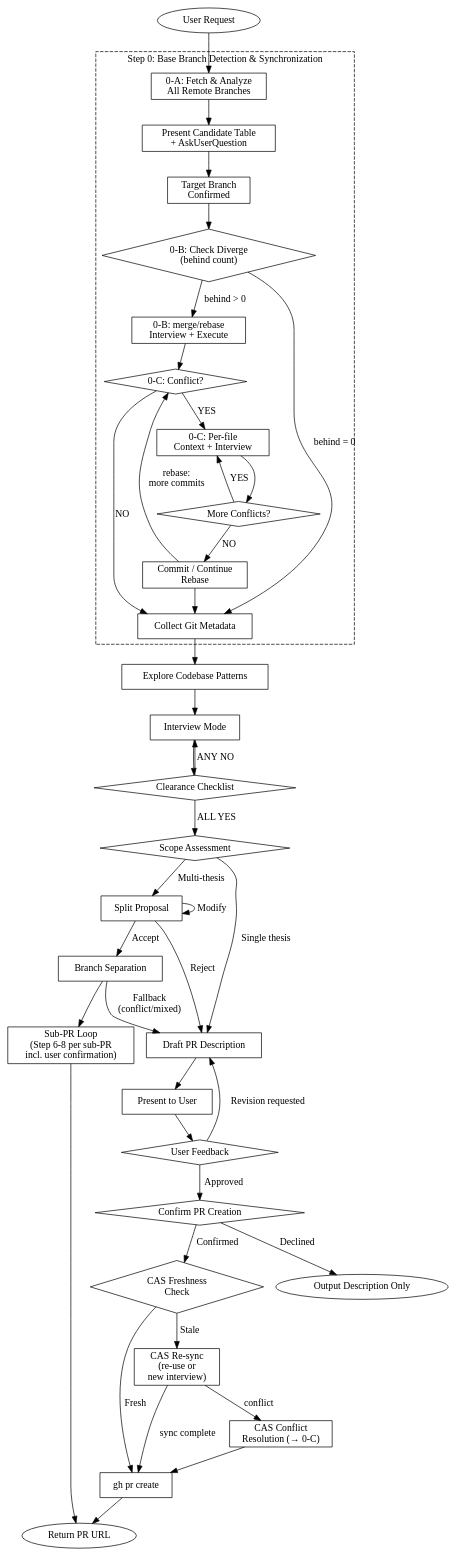
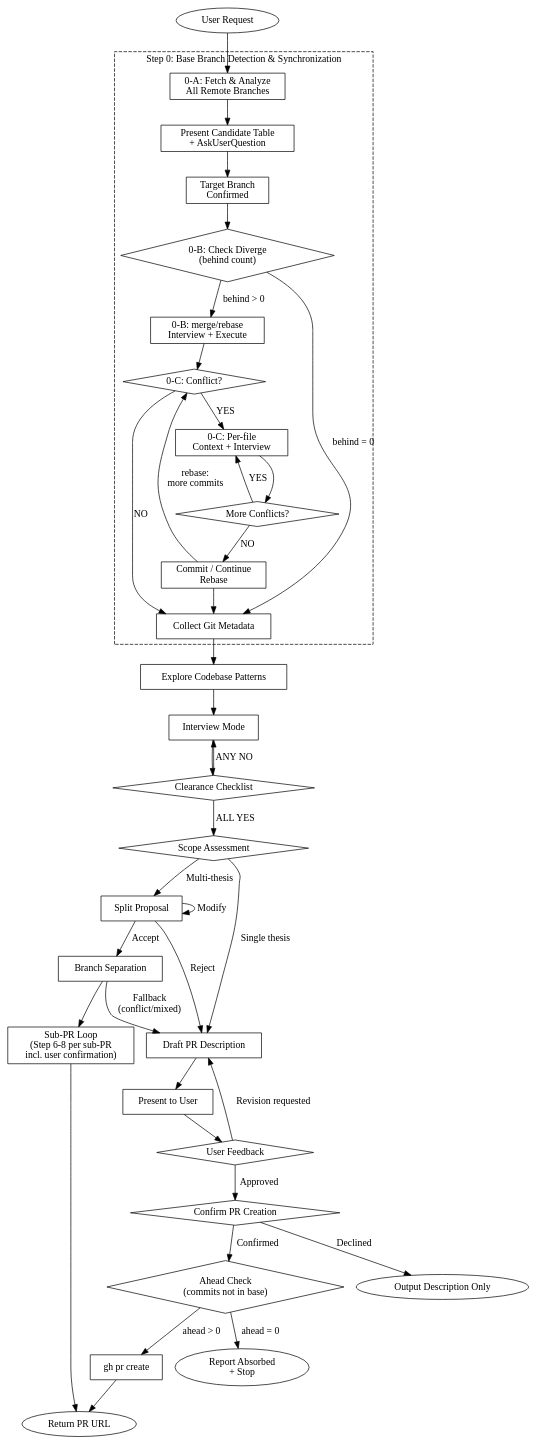
One commit to toongri/oh-my-toong-playground changed the diagram in skills/make-pr/SKILL.md. Above: the diagram before and after it, drawn with Graphviz. The commit also changed other lines of this file and 2 other files, not shown here.

````diff
--- a/skills/make-pr/SKILL.md
+++ b/skills/make-pr/SKILL.md
@@ -61,81 +61,77 @@
 ```dot
 digraph make_pr_flow {
     rankdir=TB;
 
     "User Request" [shape=ellipse];
 
     subgraph cluster_step0 {
         label="Step 0: Base Branch Detection & Synchronization";
         style=dashed;
         "0-A: Fetch & Analyze\nAll Remote Branches" [shape=box];
         "Present Candidate Table\n+ AskUserQuestion" [shape=box];
         "Target Branch\nConfirmed" [shape=box];
         "0-B: Check Diverge\n(behind count)" [shape=diamond];
         "0-B: merge/rebase\nInterview + Execute" [shape=box];
         "0-C: Conflict?" [shape=diamond];
         "0-C: Per-file\nContext + Interview" [shape=box];
         "More Conflicts?" [shape=diamond];
         "Commit / Continue\nRebase" [shape=box];
 
         "0-A: Fetch & Analyze\nAll Remote Branches" -> "Present Candidate Table\n+ AskUserQuestion";
         "Present Candidate Table\n+ AskUserQuestion" -> "Target Branch\nConfirmed";
         "Target Branch\nConfirmed" -> "0-B: Check Diverge\n(behind count)";
         "0-B: Check Diverge\n(behind count)" -> "0-B: merge/rebase\nInterview + Execute" [label="behind > 0"];
         "0-B: merge/rebase\nInterview + Execute" -> "0-C: Conflict?";
         "0-C: Conflict?" -> "0-C: Per-file\nContext + Interview" [label="YES"];
         "0-C: Conflict?" -> "Collect Git Metadata" [label="NO"];
         "0-C: Per-file\nContext + Interview" -> "More Conflicts?";
         "More Conflicts?" -> "0-C: Per-file\nContext + Interview" [label="YES"];
         "More Conflicts?" -> "Commit / Continue\nRebase" [label="NO"];
     }
 
     "Collect Git Metadata" [shape=box];
     "Explore Codebase Patterns" [shape=box];
     "Interview Mode" [shape=box];
     "Clearance Checklist" [shape=diamond];
     "Scope Assessment" [shape=diamond];
     "Split Proposal" [shape=box];
     "Branch Separation" [shape=box];
     "Sub-PR Loop\n(Step 6-8 per sub-PR\nincl. user confirmation)" [shape=box];
     "Draft PR Description" [shape=box];
     "Present to User" [shape=box];
     "User Feedback" [shape=diamond];
     "Confirm PR Creation" [shape=diamond];
-    "CAS Freshness\nCheck" [shape=diamond];
+    "Ahead Check\n(commits not in base)" [shape=diamond];
     "gh pr create" [shape=box];
     "Return PR URL" [shape=ellipse];
     "Output Description Only" [shape=ellipse];
+    "Report Absorbed\n+ Stop" [shape=ellipse];
 
     "User Request" -> "0-A: Fetch & Analyze\nAll Remote Branches";
     "0-B: Check Diverge\n(behind count)" -> "Collect Git Metadata" [label="behind = 0"];
     "Commit / Continue\nRebase" -> "Collect Git Metadata";
     "Commit / Continue\nRebase" -> "0-C: Conflict?" [label="rebase:\nmore commits"];
     "Collect Git Metadata" -> "Explore Codebase Patterns";
     "Explore Codebase Patterns" -> "Interview Mode";
     "Interview Mode" -> "Clearance Checklist";
     "Clearance Checklist" -> "Interview Mode" [label="ANY NO"];
     "Clearance Checklist" -> "Scope Assessment" [label="ALL YES"];
     "Scope Assessment" -> "Draft PR Description" [label="Single thesis"];
     "Scope Assessment" -> "Split Proposal" [label="Multi-thesis"];
     "Split Proposal" -> "Branch Separation" [label="Accept"];
     "Split Proposal" -> "Draft PR Description" [label="Reject"];
     "Split Proposal" -> "Split Proposal" [label="Modify"];
     "Branch Separation" -> "Sub-PR Loop\n(Step 6-8 per sub-PR\nincl. user confirmation)";
     "Branch Separation" -> "Draft PR Description" [label="Fallback\n(conflict/mixed)"];
     "Sub-PR Loop\n(Step 6-8 per sub-PR\nincl. user confirmation)" -> "Return PR URL";
     "Draft PR Description" -> "Present to User";
     "Present to User" -> "User Feedback";
     "User Feedback" -> "Draft PR Description" [label="Revision requested"];
     "User Feedback" -> "Confirm PR Creation" [label="Approved"];
     "Confirm PR Creation" -> "Output Description Only" [label="Declined"];
-    "Confirm PR Creation" -> "CAS Freshness\nCheck" [label="Confirmed"];
-    "CAS Freshness\nCheck" -> "gh pr create" [label="Fresh"];
-    "CAS Re-sync\n(re-use or\nnew interview)" [shape=box];
-    "CAS Conflict\nResolution (→ 0-C)" [shape=box];
-    "CAS Freshness\nCheck" -> "CAS Re-sync\n(re-use or\nnew interview)" [label="Stale"];
-    "CAS Re-sync\n(re-use or\nnew interview)" -> "gh pr create" [label="sync complete"];
-    "CAS Re-sync\n(re-use or\nnew interview)" -> "CAS Conflict\nResolution (→ 0-C)" [label="conflict"];
-    "CAS Conflict\nResolution (→ 0-C)" -> "gh pr create";
+    "Confirm PR Creation" -> "Ahead Check\n(commits not in base)" [label="Confirmed"];
+    "Ahead Check\n(commits not in base)" -> "gh pr create" [label="ahead > 0"];
+    "Ahead Check\n(commits not in base)" -> "Report Absorbed\n+ Stop" [label="ahead = 0"];
     "gh pr create" -> "Return PR URL";
 }
 ```
````
